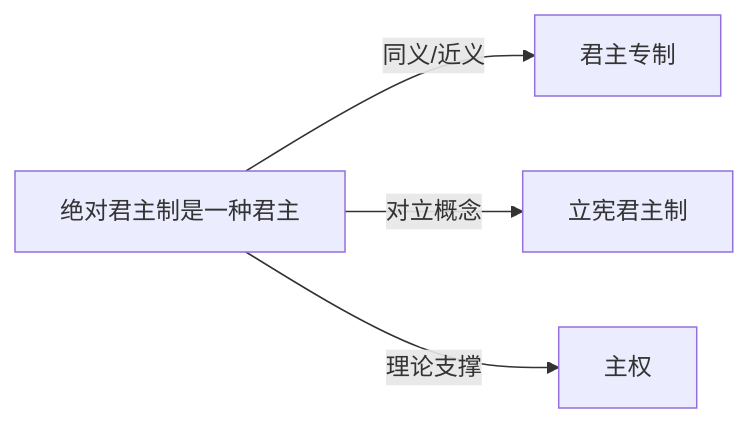
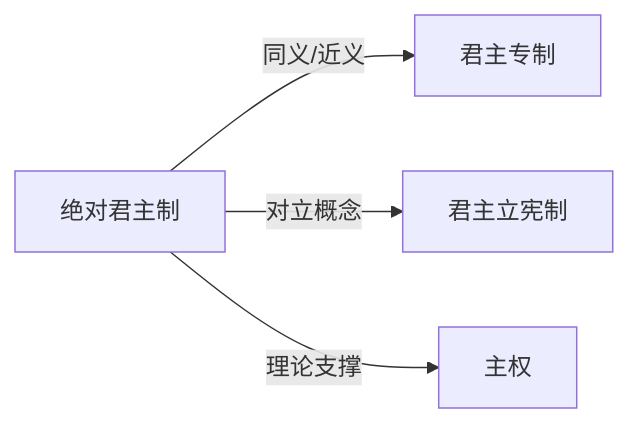
One commit to KIMMCHOW/MyKnowledge changed the diagram in Knowledge/Concepts/政治/绝对君主制.md. Above: the diagram before and after it, drawn with Mermaid. The commit also changed 96 other files, not shown here.

Commit message:
fix: 修复概念页关系图节点并补齐缺失关联

````diff
--- a/Knowledge/Concepts/政治/绝对君主制.md
+++ b/Knowledge/Concepts/政治/绝对君主制.md
@@ -42,6 +42,6 @@
 ```mermaid
 graph LR
-    绝对君主制是一种君主 -->|同义/近义| 君主专制
-    绝对君主制是一种君主 -->|对立概念| 立宪君主制
-    绝对君主制是一种君主 -->|理论支撑| 主权
+绝对君主制 -->|同义/近义| 君主专制
+绝对君主制 -->|对立概念| 君主立宪制
+绝对君主制 -->|理论支撑| 主权
 ```
````
